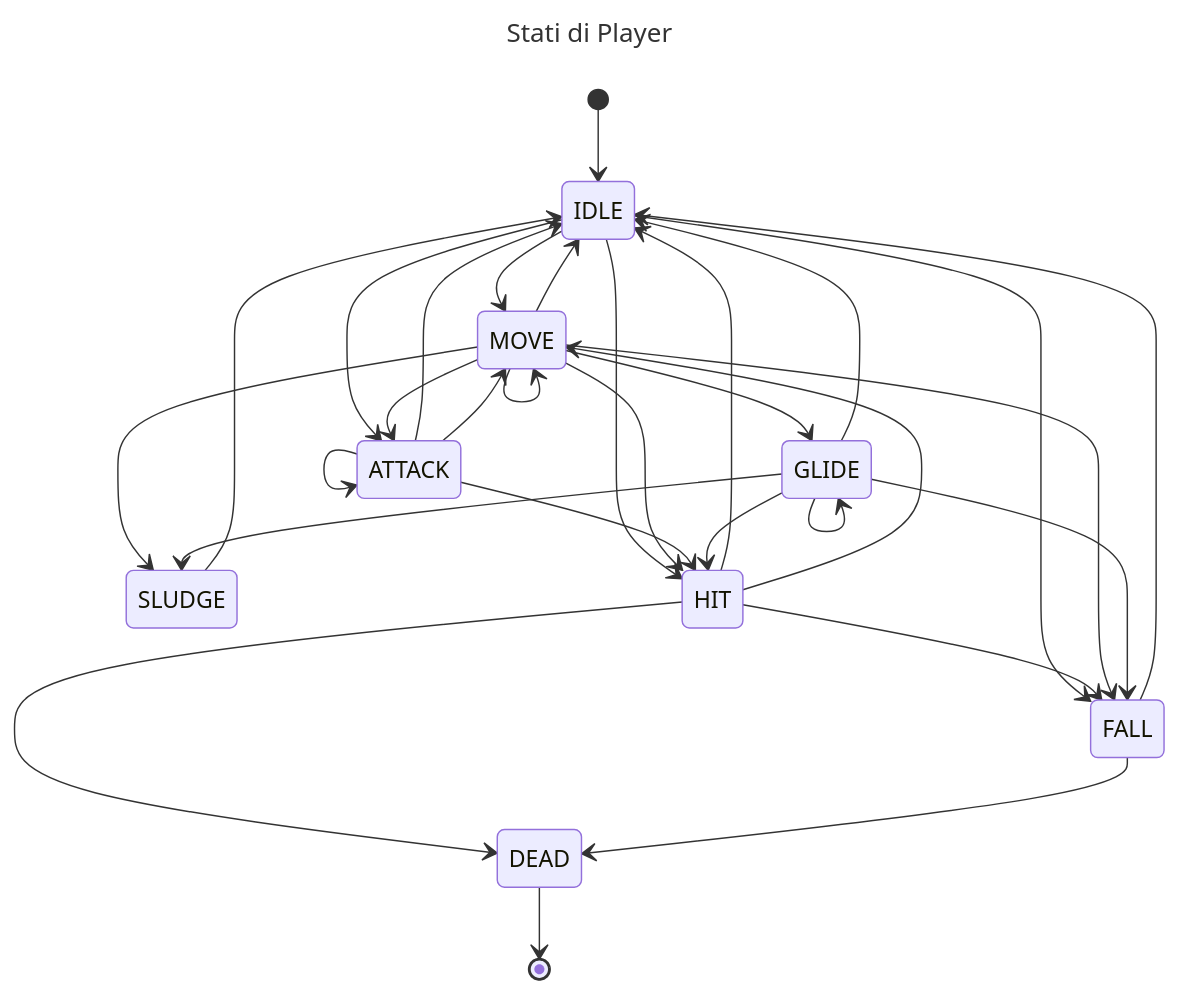
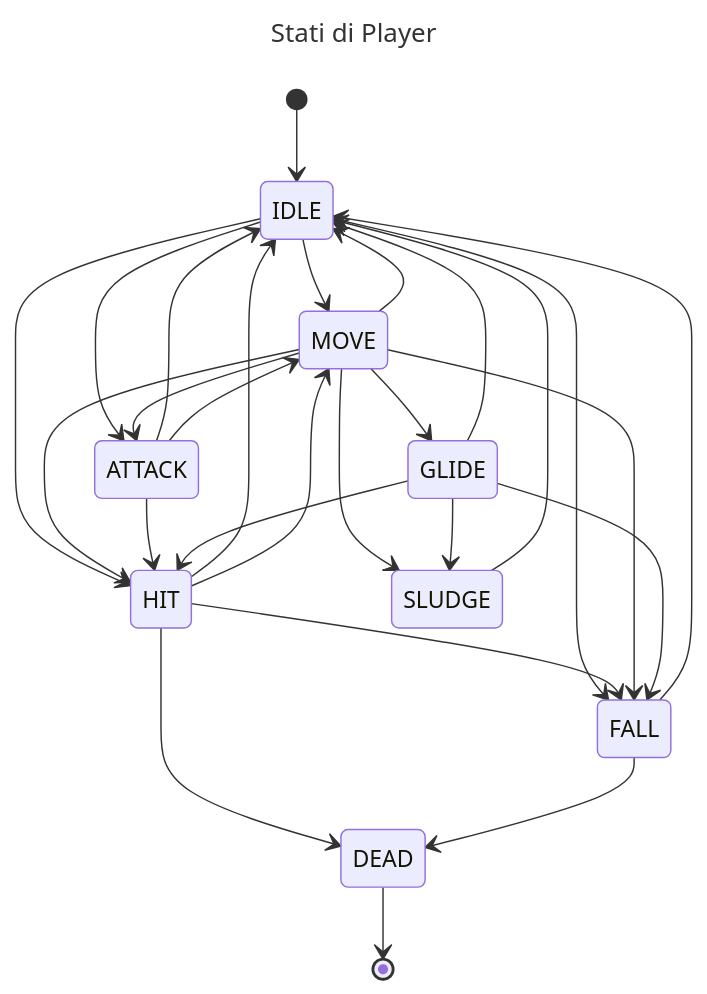
Before and after one commit to bytestrick/chevy: the second of 4 diagrams in README.md, drawn with Mermaid. The commit also changed 33 other files, not shown here.

````diff
--- a/README.md
+++ b/README.md
@@ -93,35 +93,32 @@
 ```mermaid
 ---
 title: Stati di Player
 ---
 stateDiagram-v2
     [*] --> IDLE
     IDLE --> MOVE
     IDLE --> ATTACK
     IDLE --> HIT
     IDLE --> FALL
     HIT --> IDLE
     HIT --> DEAD
     HIT --> MOVE
     HIT --> FALL
     MOVE --> GLIDE
     MOVE --> HIT
     MOVE --> FALL
     MOVE --> SLUDGE
     MOVE --> IDLE
     MOVE --> ATTACK
-    MOVE --> MOVE
     ATTACK --> IDLE
     ATTACK --> MOVE
     ATTACK --> HIT
-    ATTACK --> ATTACK
     GLIDE --> IDLE
     GLIDE --> FALL
     GLIDE --> HIT
     GLIDE --> SLUDGE
-    GLIDE --> GLIDE
     SLUDGE --> IDLE
     FALL --> IDLE
     FALL --> DEAD
     DEAD --> [*]
 ```
````
